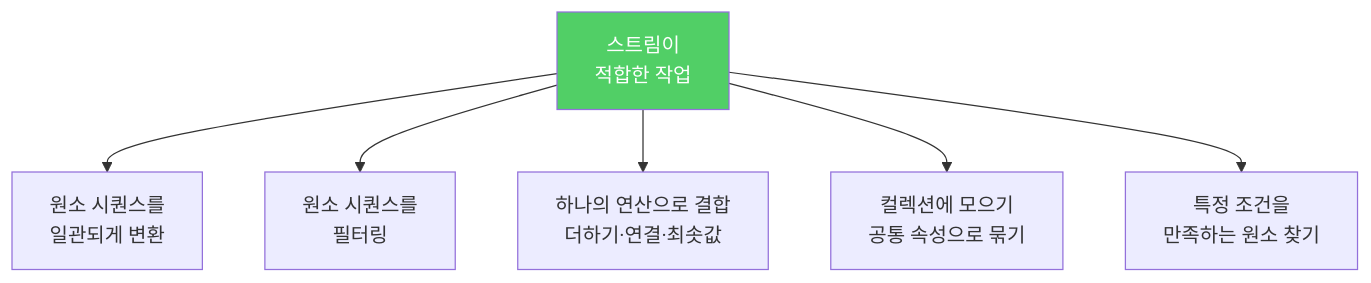
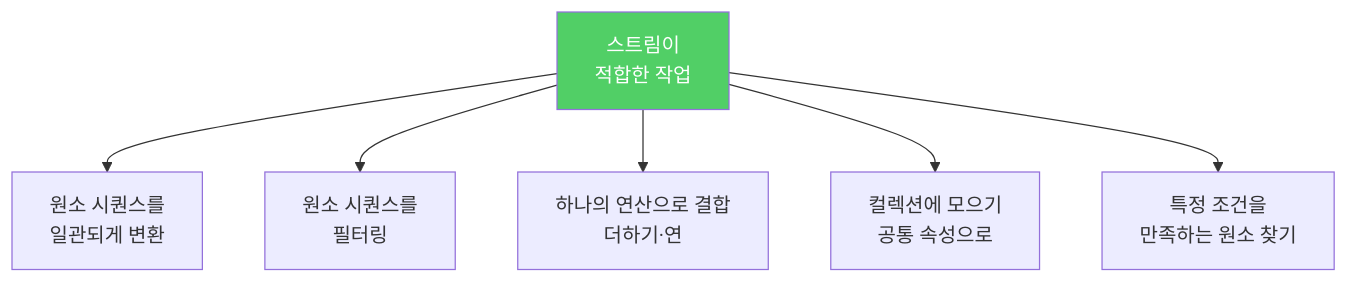
The third of 3 diagrams in _posts/java/2022-01-22-effective-java45.md (yjkim2015/yjkim2015.github.io), drawn with Mermaid before and after one commit. The commit also changed other lines of this file and 271 other files, not shown here.

First line of the commit message:
Mermaid 라벨 축소: 긴 노드 텍스트 18자 이하로 트림 + \n 제거

````diff
--- a/_posts/java/2022-01-22-effective-java45.md
+++ b/_posts/java/2022-01-22-effective-java45.md
@@ -114,9 +114,9 @@
 ```mermaid
 graph TD
     A["스트림이\n적합한 작업"] --> B["원소 시퀀스를\n일관되게 변환"]
     A --> C["원소 시퀀스를\n필터링"]
-    A --> D["하나의 연산으로 결합\n더하기·연결·최솟값"]
-    A --> E["컬렉션에 모으기\n공통 속성으로 묶기"]
+    A --> D["하나의 연산으로 결합\n더하기·연"]
+    A --> E["컬렉션에 모으기\n공통 속성으로"]
     A --> F["특정 조건을\n만족하는 원소 찾기"]
     style A fill:#51cf66,color:#fff
 ```
````
